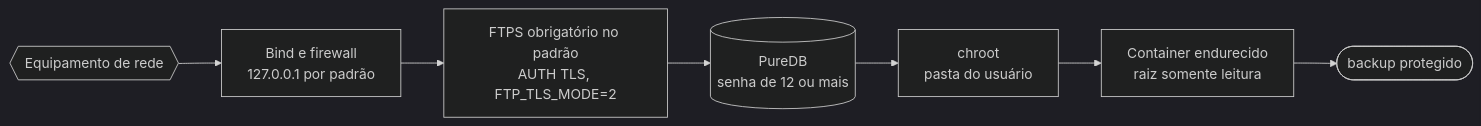
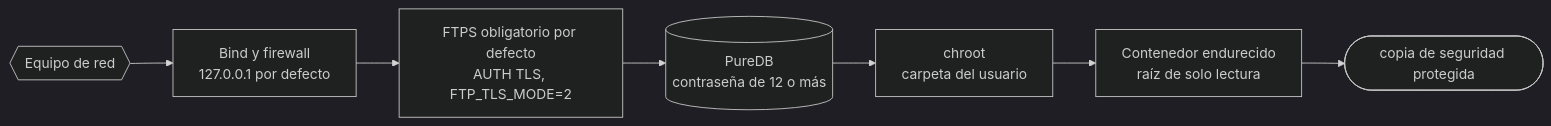
Before and after one commit to CarlosSuporteISP/allsafe-ftp-stack: the first of 5 diagrams in doc/es/seguridad.md, drawn with Mermaid. The commit also changed other lines of this file and 66 other files, not shown here.

First line of the commit message:
docs: documentação em espanhol, diagramas e selos dos três idiomas (parte 3)

````diff
--- a/doc/es/seguridad.md
+++ b/doc/es/seguridad.md
@@ -14,13 +14,13 @@
 ```mermaid
 %%{init: {"theme": "dark"}}%%
 flowchart LR
-    equip@{ shape: hex, label: "Equipamento de rede" }
-    bind@{ shape: rect, label: "Bind e firewall<br>127.0.0.1 por padrão" }
-    tls@{ shape: rect, label: "FTPS obrigatório no padrão<br>AUTH TLS, FTP_TLS_MODE=2" }
-    puredb@{ shape: cyl, label: "PureDB<br>senha de 12 ou mais" }
-    chroot@{ shape: rect, label: "chroot<br>pasta do usuário" }
-    container@{ shape: rect, label: "Container endurecido<br>raiz somente leitura" }
-    fim@{ shape: stadium, label: "backup protegido" }
+    equip@{ shape: hex, label: "Equipo de red" }
+    bind@{ shape: rect, label: "Bind y firewall<br>127.0.0.1 por defecto" }
+    tls@{ shape: rect, label: "FTPS obligatorio por defecto<br>AUTH TLS, FTP_TLS_MODE=2" }
+    puredb@{ shape: cyl, label: "PureDB<br>contraseña de 12 o más" }
+    chroot@{ shape: rect, label: "chroot<br>carpeta del usuario" }
+    container@{ shape: rect, label: "Contenedor endurecido<br>raíz de solo lectura" }
+    fim@{ shape: stadium, label: "copia de seguridad protegida" }
 
     equip --> bind --> tls --> puredb --> chroot --> container --> fim
 ```
````
